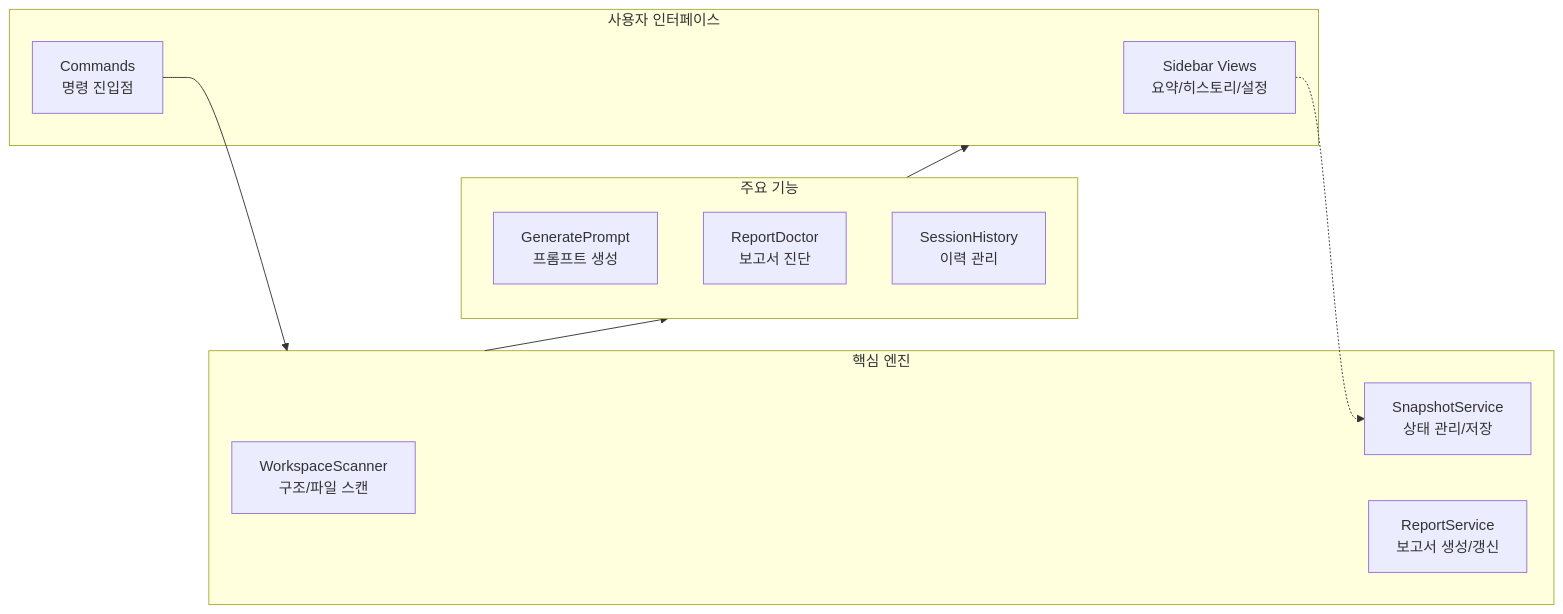
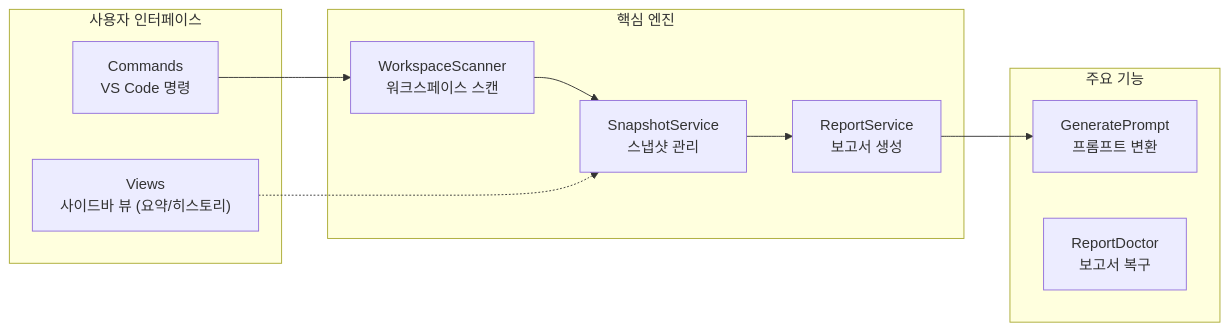
Before and after one commit to Stankjedi/projectmanager: the diagram in devplan/Project_Evaluation_Report.md, drawn with Mermaid. The commit also changed other lines of this file and 11 other files, not shown here.

Commit message:
feat: Add project evaluation reports, session history, and vibereport extension files.

````diff
--- a/devplan/Project_Evaluation_Report.md
+++ b/devplan/Project_Evaluation_Report.md
@@ -72,21 +67,21 @@
 ```mermaid
 flowchart LR
     subgraph Core["핵심 엔진"]
-        Scanner["WorkspaceScanner<br/>구조/파일 스캔"]
-        Snapshot["SnapshotService<br/>상태 관리/저장"]
-        Report["ReportService<br/>보고서 생성/갱신"]
+        Scanner["WorkspaceScanner<br/>워크스페이스 스캔"]
+        Snapshot["SnapshotService<br/>스냅샷 관리"]
+        Report["ReportService<br/>보고서 생성"]
+    end
+    subgraph UI["사용자 인터페이스"]
+        Commands["Commands<br/>VS Code 명령"]
+        Views["Views<br/>사이드바 뷰 (요약/히스토리)"]
     end
     subgraph Feature["주요 기능"]
-        Prompt["GeneratePrompt<br/>프롬프트 생성"]
-        Doctor["ReportDoctor<br/>보고서 진단"]
-        History["SessionHistory<br/>이력 관리"]
+        Prompt["GeneratePrompt<br/>프롬프트 변환"]
+        Doctor["ReportDoctor<br/>보고서 복구"]
     end
-    subgraph UI["사용자 인터페이스"]
-        Views["Sidebar Views<br/>요약/히스토리/설정"]
-        Commands["Commands<br/>명령 진입점"]
-    end
-    Commands --> Core
-    Core --> Feature
-    Feature --> UI
+    Commands --> Scanner
+    Scanner --> Snapshot
+    Snapshot --> Report
+    Report --> Prompt
     Views -.-> Snapshot
 ```
````
